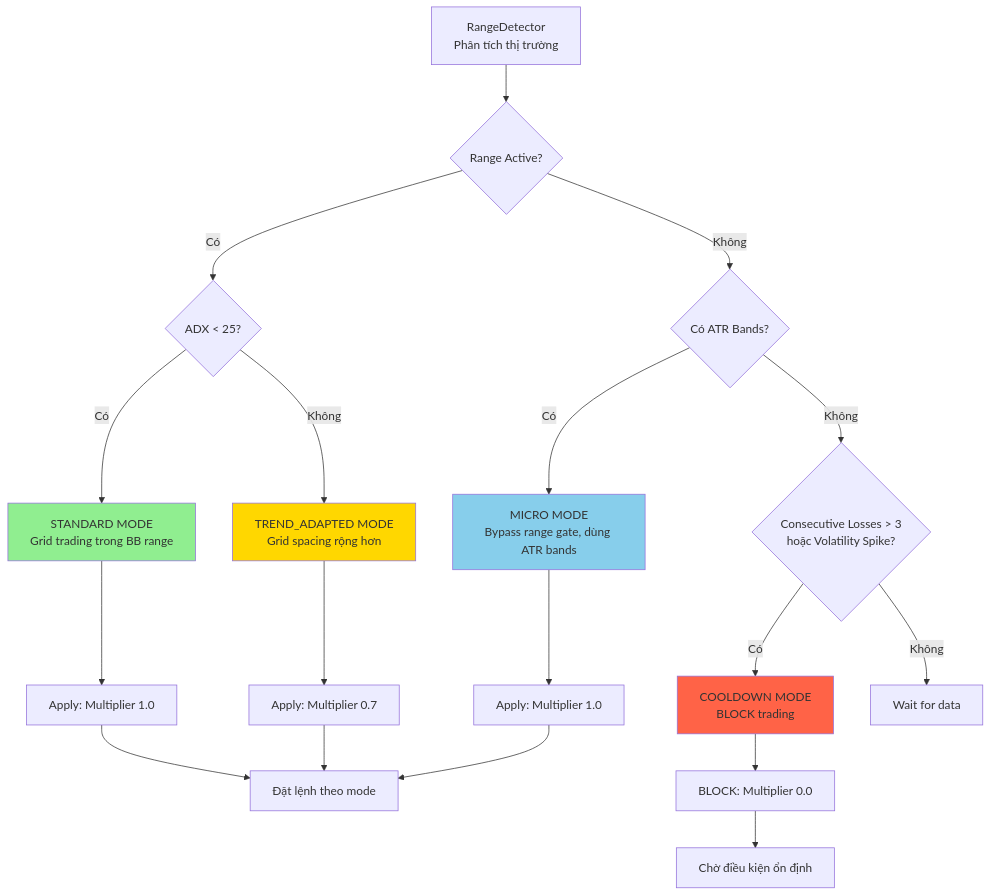
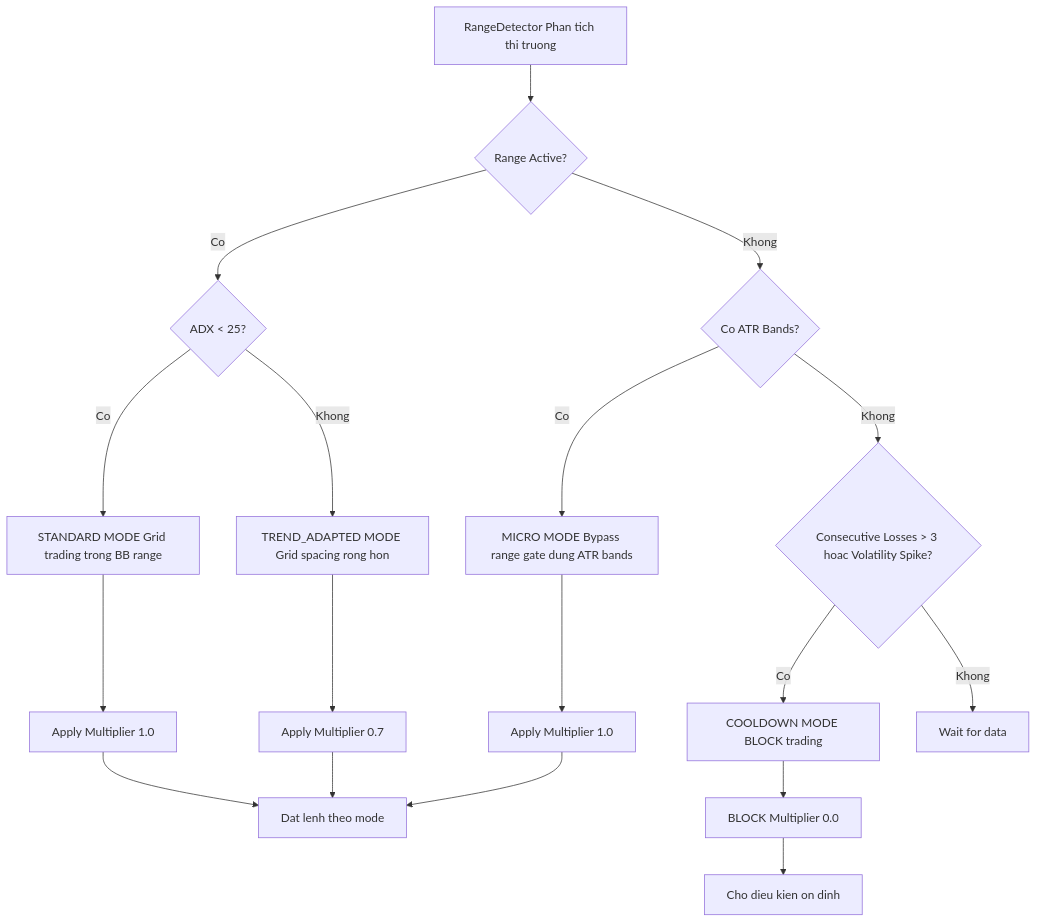
One commit to baolongdinh/aster-perp-trading changed the second of 19 diagrams in AGENTIC_TRADING_NGHIEP_VU.md. Above: the diagram before and after it, drawn with Mermaid. The commit also changed other lines of this file and 12 other files, not shown here.

````diff
--- a/AGENTIC_TRADING_NGHIEP_VU.md
+++ b/AGENTIC_TRADING_NGHIEP_VU.md
@@ -79,27 +73,22 @@
 ```mermaid
-flowchart TD
-    A[RangeDetector<br/>Phân tích thị trường] --> B{Range Active?}
-    B -->|Có| C{ADX < 25?}
-    B -->|Không| D{Có ATR Bands?}
-    C -->|Có| E[STANDARD MODE<br/>Grid trading trong BB range]
-    C -->|Không| F[TREND_ADAPTED MODE<br/>Grid spacing rộng hơn]
-    D -->|Có| G[MICRO MODE<br/>Bypass range gate, dùng ATR bands]
-    D -->|Không| H{Consecutive Losses > 3<br/>hoặc Volatility Spike?}
-    H -->|Có| I[COOLDOWN MODE<br/>BLOCK trading]
-    H -->|Không| J[Wait for data]
+graph TD
+    A[RangeDetector Phan tich thi truong] --> B{Range Active?}
+    B -->|Co| C{ADX < 25?}
+    B -->|Khong| D{Co ATR Bands?}
+    C -->|Co| E[STANDARD MODE Grid trading trong BB range]
+    C -->|Khong| F[TREND_ADAPTED MODE Grid spacing rong hon]
+    D -->|Co| G[MICRO MODE Bypass range gate dung ATR bands]
+    D -->|Khong| H{Consecutive Losses > 3 hoac Volatility Spike?}
+    H -->|Co| I[COOLDOWN MODE BLOCK trading]
+    H -->|Khong| J[Wait for data]
 
-    E --> K[Apply: Multiplier 1.0]
-    F --> L[Apply: Multiplier 0.7]
-    G --> M[Apply: Multiplier 1.0]
-    I --> N[BLOCK: Multiplier 0.0]
+    E --> K[Apply Multiplier 1.0]
+    F --> L[Apply Multiplier 0.7]
+    G --> M[Apply Multiplier 1.0]
+    I --> N[BLOCK Multiplier 0.0]
 
-    K --> O[Đặt lệnh theo mode]
+    K --> O[Dat lenh theo mode]
     L --> O
     M --> O
-    N --> P[Chờ điều kiện ổn định]
-
-    style E fill:#90EE90
-    style F fill:#FFD700
-    style G fill:#87CEEB
-    style I fill:#FF6347
+    N --> P[Cho dieu kien on dinh]
 ```
````
